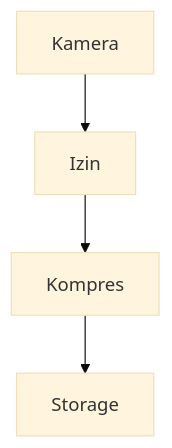
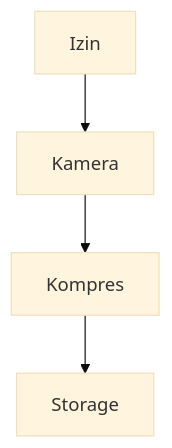
One commit to antonprafanto/mobile2026 changed the fifth of 6 diagrams in modul-08-fitur/README.md. Above: the diagram before and after it, drawn with Mermaid (base theme). The commit also changed other lines of this file and 21 other files, not shown here.

````diff
--- a/modul-08-fitur/README.md
+++ b/modul-08-fitur/README.md
@@ -410,6 +410,6 @@
 ```mermaid
 flowchart TB
-  Pilih["Kamera"] --> Izin["Izin"]
-  Izin --> Kompres["Kompres"]
+  Izin["Izin"] --> Kamera["Kamera"]
+  Kamera --> Kompres["Kompres"]
   Kompres --> Unggah["Storage"]
 ```
````
